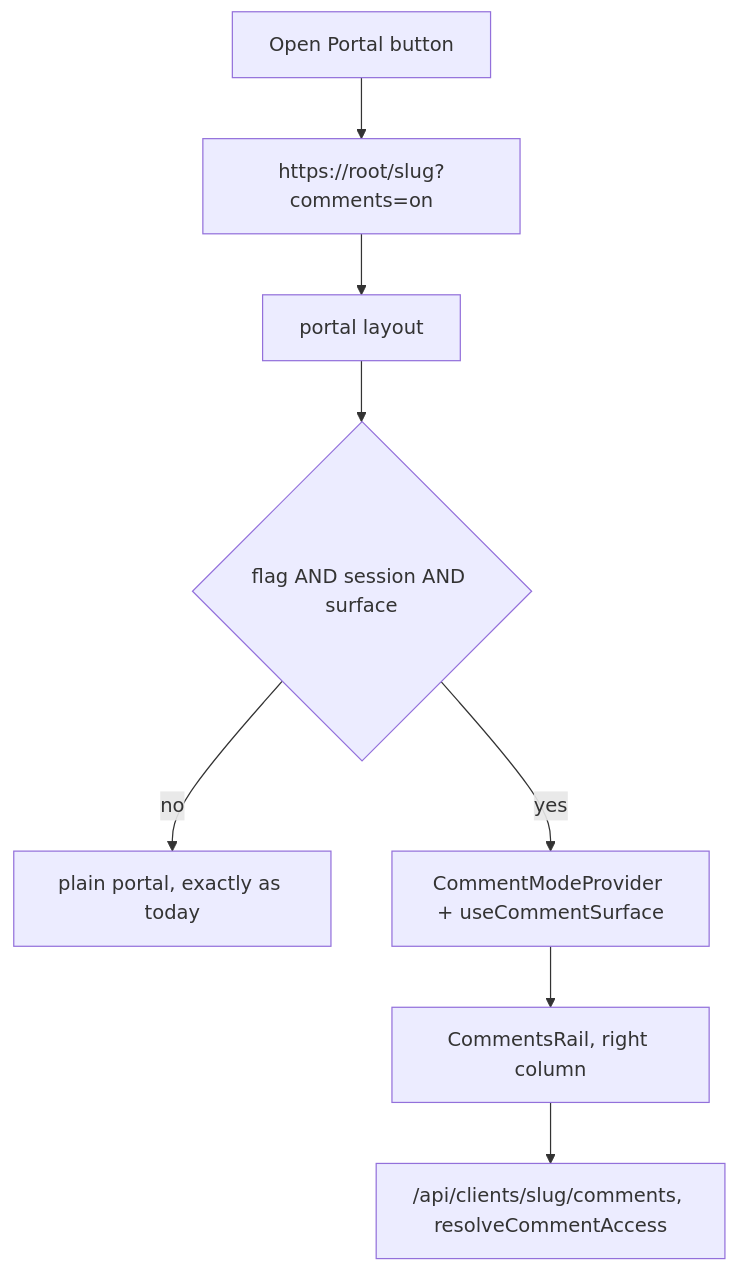
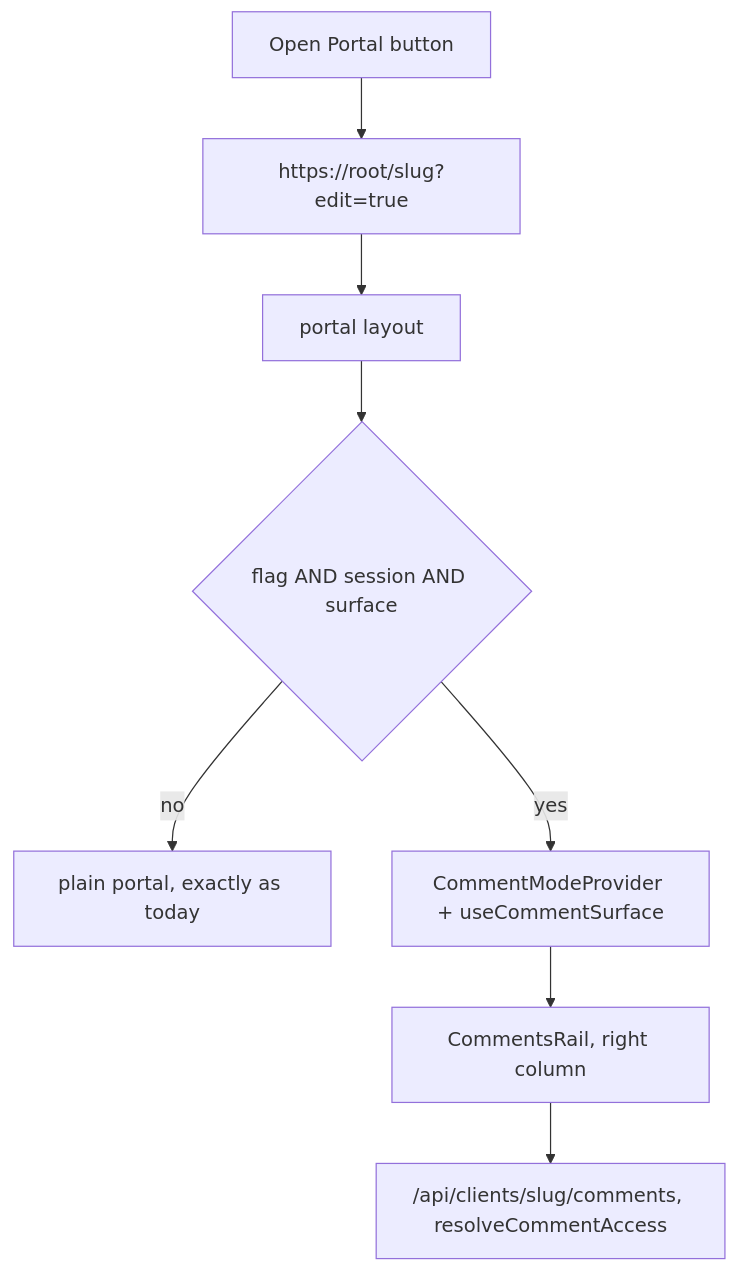
Before and after one commit to danplantel/plantelligence-mvp: the diagram in plans/portal-comments-rail.md, drawn with Mermaid. The commit also changed other lines of this file and 25 other files, not shown here.

Commit message:
Change Portal Edit param for Plantelligence users from ?comments=on to ?edit=true

````diff
--- a/plans/portal-comments-rail.md
+++ b/plans/portal-comments-rail.md
@@ -74,10 +74,10 @@
 ```mermaid
 flowchart TD
-    A["Open Portal button"] --> B["https://root/slug?comments=on"]
+    A["Open Portal button"] --> B["https://root/slug?edit=true"]
     B --> C["portal layout"]
     C --> D{flag AND session AND surface}
     D -->|no| E["plain portal, exactly as today"]
     D -->|yes| F["CommentModeProvider + useCommentSurface"]
     F --> G["CommentsRail, right column"]
     G --> H["/api/clients/slug/comments, resolveCommentAccess"]
 ```
````
